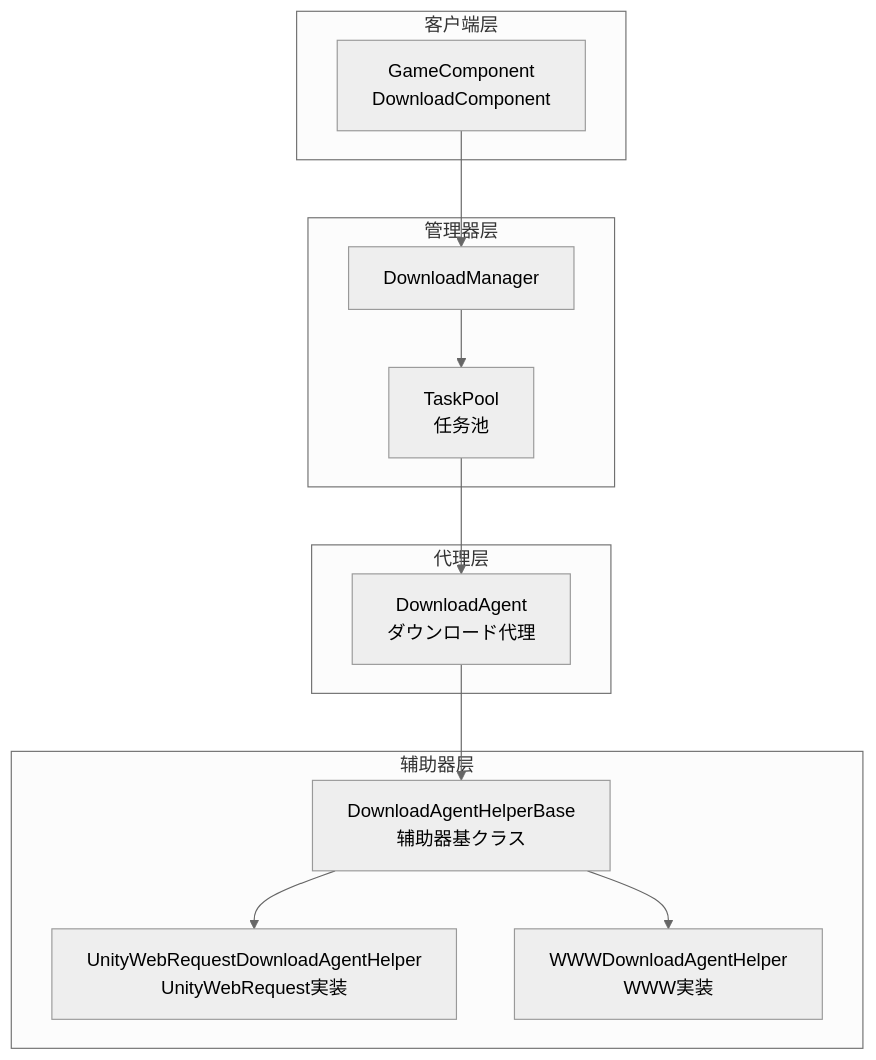
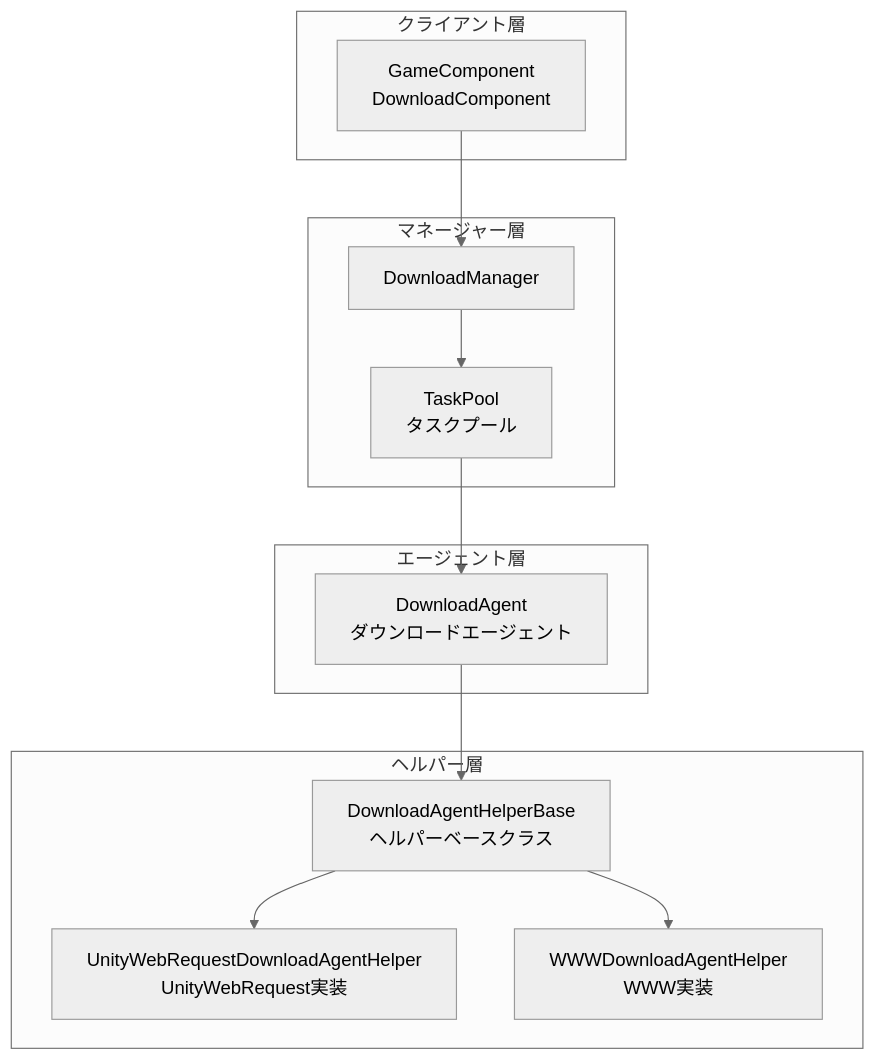
The first of 5 diagrams in docs/ja/client/unity/component/download/05.architecture.md (AlianBlank/GameFrameX.Docs), drawn with Mermaid (neutral theme) before and after one commit. The commit also changed other lines of this file and 320 other files, not shown here.

````diff
--- a/docs/ja/client/unity/component/download/05.architecture.md
+++ b/docs/ja/client/unity/component/download/05.architecture.md
@@ -20,28 +20,28 @@
 ```mermaid
 flowchart TD
-    subgraph ClientLayer["客户端层"]
+    subgraph ClientLayer["クライアント層"]
         GC[GameComponent<br/>DownloadComponent]
     end
 
-    subgraph ManagerLayer["管理器层"]
+    subgraph ManagerLayer["マネージャー層"]
         DM[DownloadManager]
-        TP[TaskPool<br/>任务池]
+        TP[TaskPool<br/>タスクプール]
     end
 
-    subgraph AgentLayer["代理层"]
-        DA[DownloadAgent<br/>ダウンロード代理]
+    subgraph AgentLayer["エージェント層"]
+        DA[DownloadAgent<br/>ダウンロードエージェント]
     end
 
-    subgraph HelperLayer["辅助器层"]
-        HB[DownloadAgentHelperBase<br/>辅助器基クラス]
+    subgraph HelperLayer["ヘルパー層"]
+        HB[DownloadAgentHelperBase<br/>ヘルパーベースクラス]
         UWRA[UnityWebRequestDownloadAgentHelper<br/>UnityWebRequest実装]
         WWW[WWWDownloadAgentHelper<br/>WWW実装]
     end
 
     GC --> DM
     DM --> TP
     TP --> DA
     DA --> HB
     HB --> UWRA
     HB --> WWW
 ```
````
